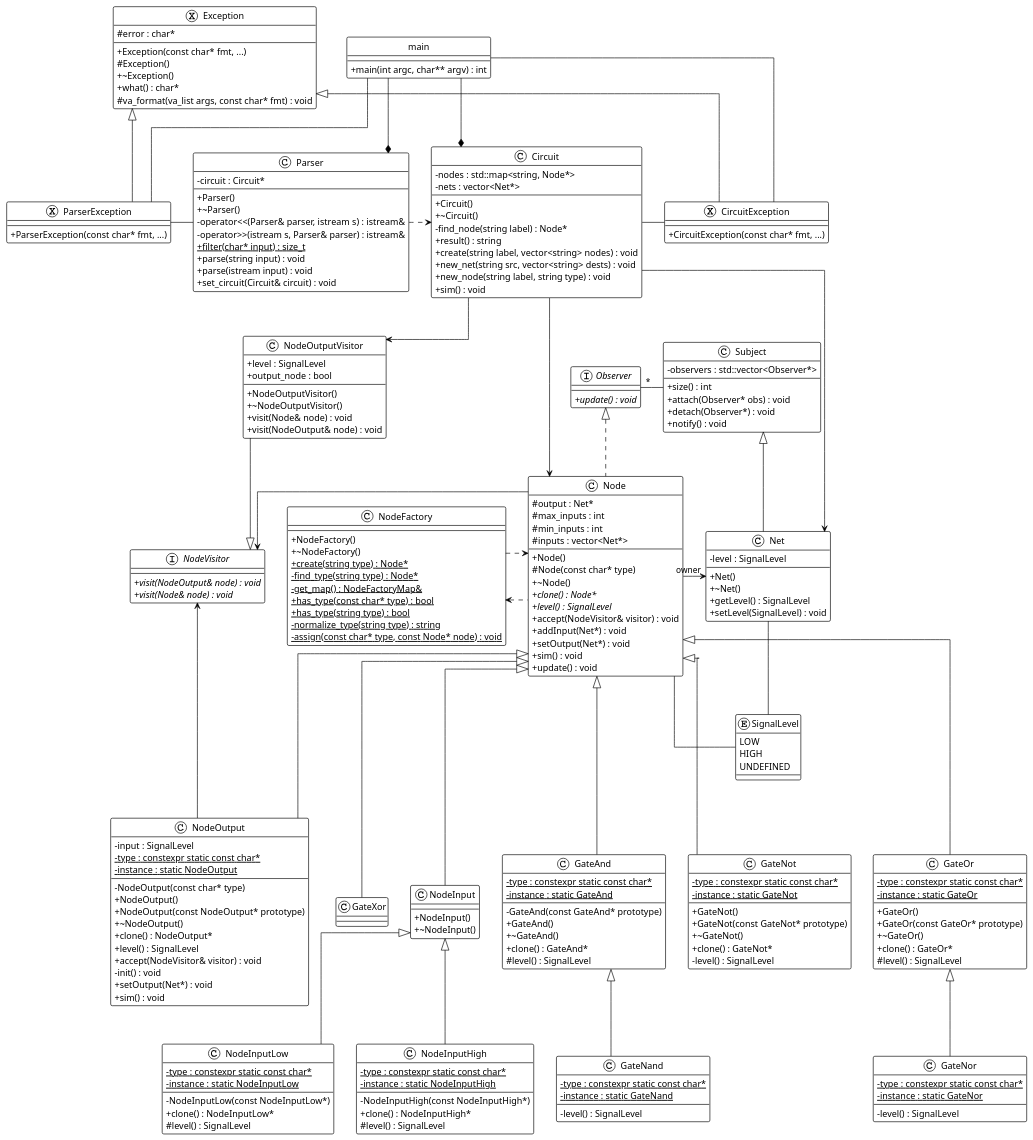
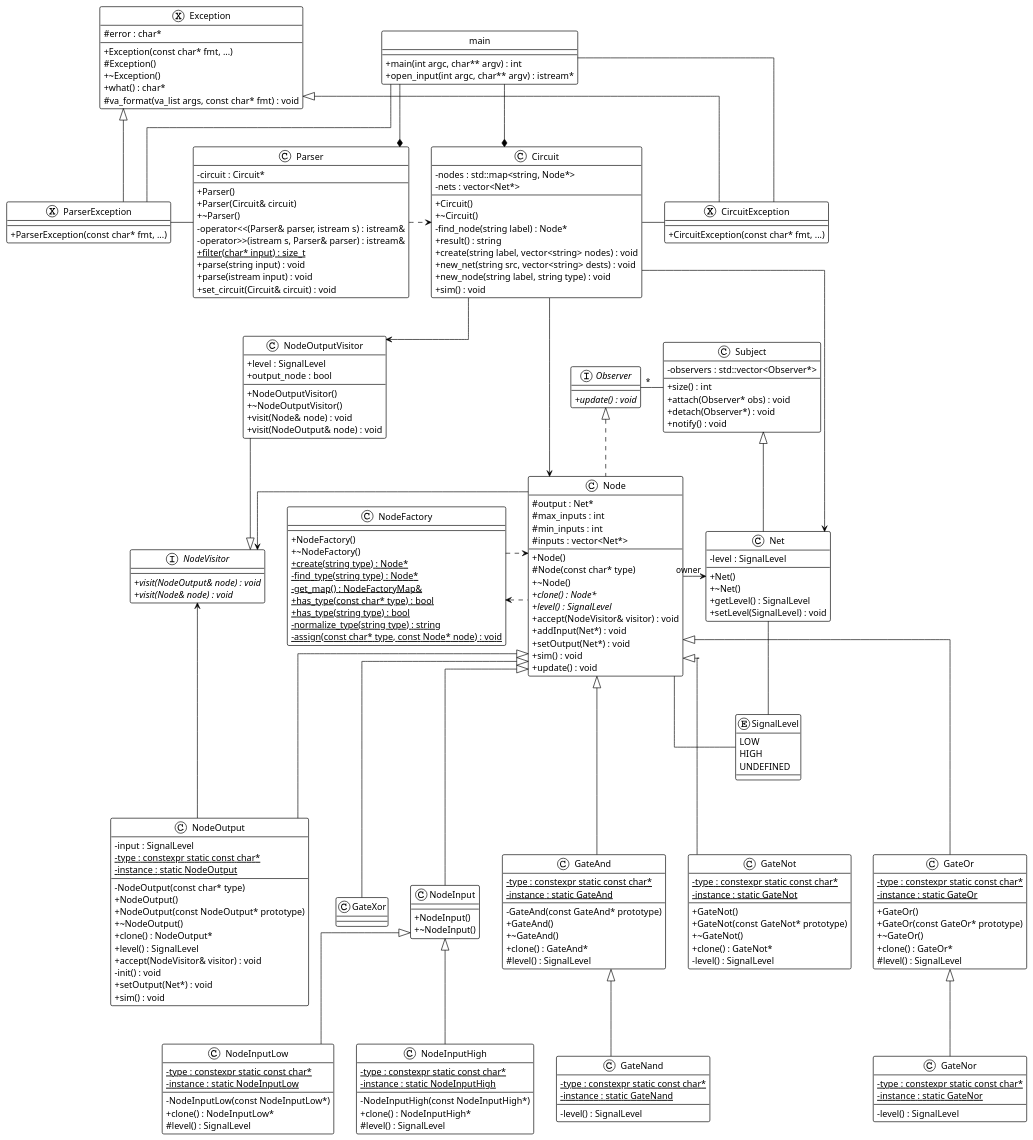
The diagram in docs/class-diag.puml (lonkaars/depa), drawn with PlantUML before and after one commit. The commit also changed 3 other files, not shown here.

```diff
--- a/docs/class-diag.puml
+++ b/docs/class-diag.puml
@@ -6,6 +6,7 @@
 
 class main {
 	+main(int argc, char** argv) : int
+	+open_input(int argc, char** argv) : istream*
 }
 hide main circle
 
@@ -169,6 +170,7 @@
 
 class Parser {
 	+Parser()
+	+Parser(Circuit& circuit)
 	+~Parser()
 	-circuit : Circuit*
 	-operator<<(Parser& parser, istream s) : istream&
```
